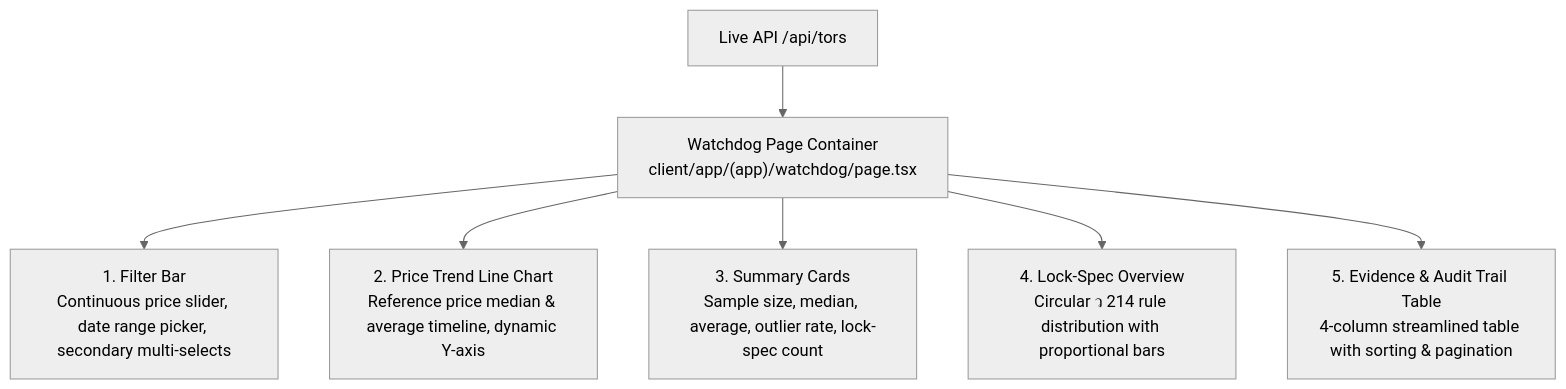
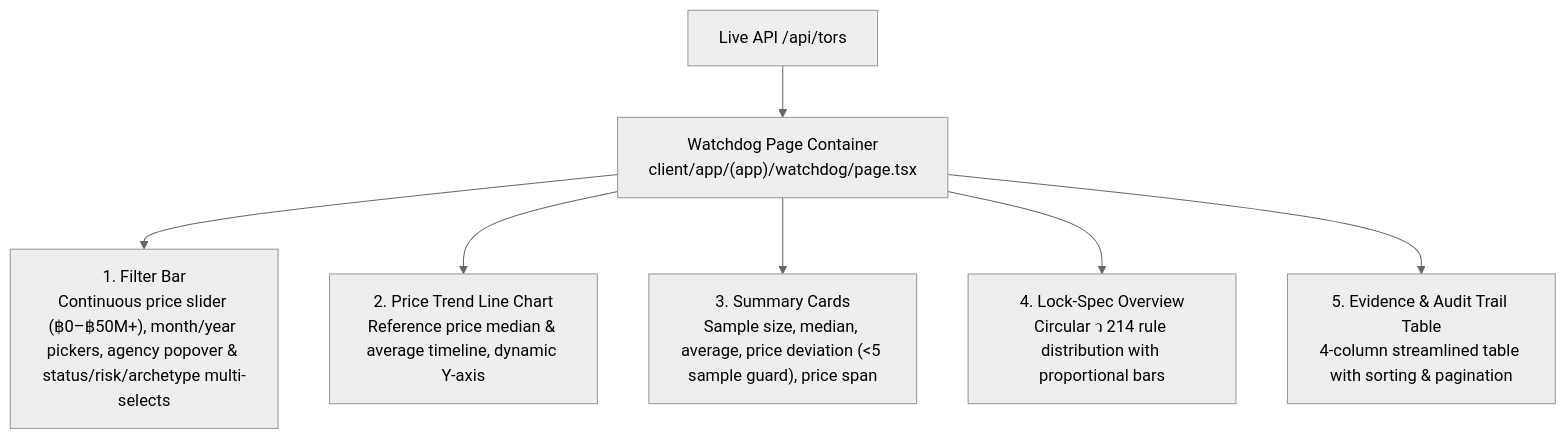
Before and after one commit to PapuBallkub/csp-mjolnir: the second of 2 diagrams in docs/features/reality-check-and-benchmarking.md, drawn with Mermaid (neutral theme). The commit also changed other lines of this file and 9 other files, not shown here.

Commit message:
feat(dashboard): remove duplicate, modify peer median fallback and set state add unit test and update documents to be up-to-date

````diff
--- a/docs/features/reality-check-and-benchmarking.md
+++ b/docs/features/reality-check-and-benchmarking.md
@@ -344,9 +344,9 @@
 ```mermaid
 flowchart TD
     API["Live API /api/tors"] --> FEED["Watchdog Page Container<br/>client/app/(app)/watchdog/page.tsx"]
-    FEED --> S1["1. Filter Bar<br/>Continuous price slider, date range picker, secondary multi-selects"]
+    FEED --> S1["1. Filter Bar<br/>Continuous price slider (฿0–฿50M+), month/year pickers, agency popover & status/risk/archetype multi-selects"]
     FEED --> S2["2. Price Trend Line Chart<br/>Reference price median & average timeline, dynamic Y-axis"]
-    FEED --> S3["3. Summary Cards<br/>Sample size, median, average, outlier rate, lock-spec count"]
+    FEED --> S3["3. Summary Cards<br/>Sample size, median, average, price deviation (<5 sample guard), price span"]
     FEED --> S4["4. Lock-Spec Overview<br/>Circular ว 214 rule distribution with proportional bars"]
     FEED --> S5["5. Evidence & Audit Trail Table<br/>4-column streamlined table with sorting & pagination"]
 ```
````
